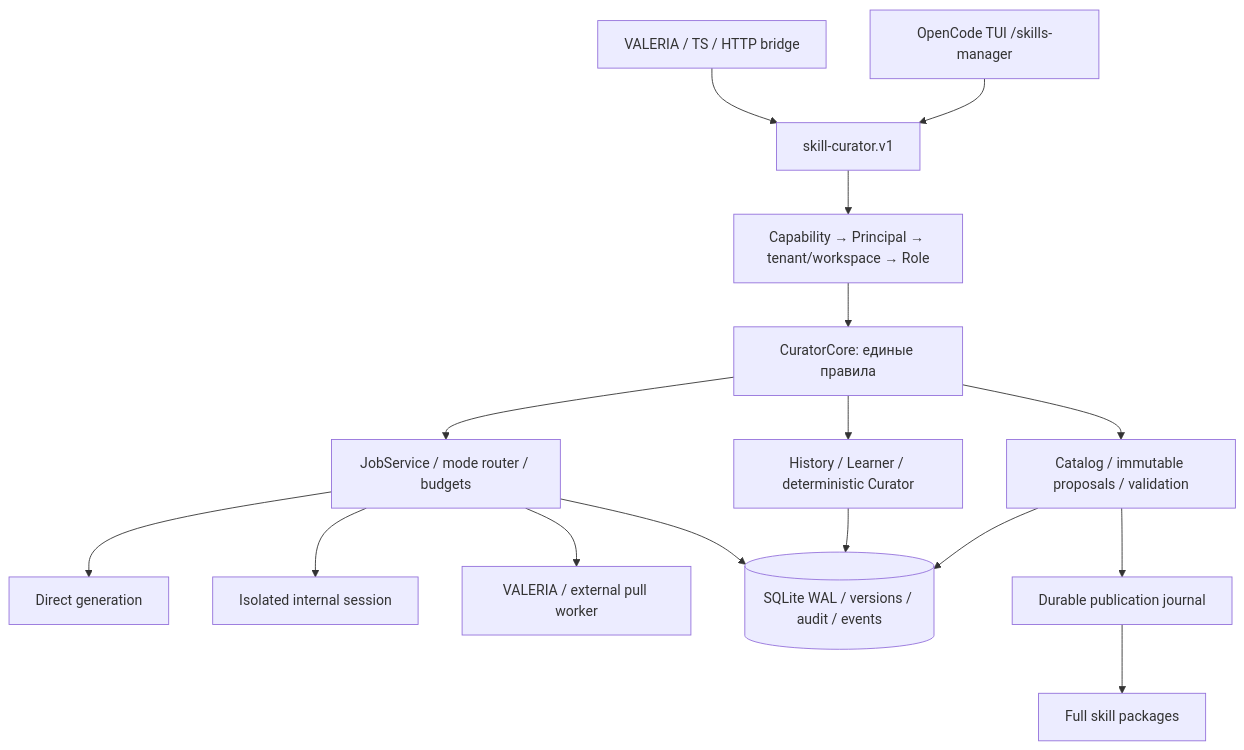
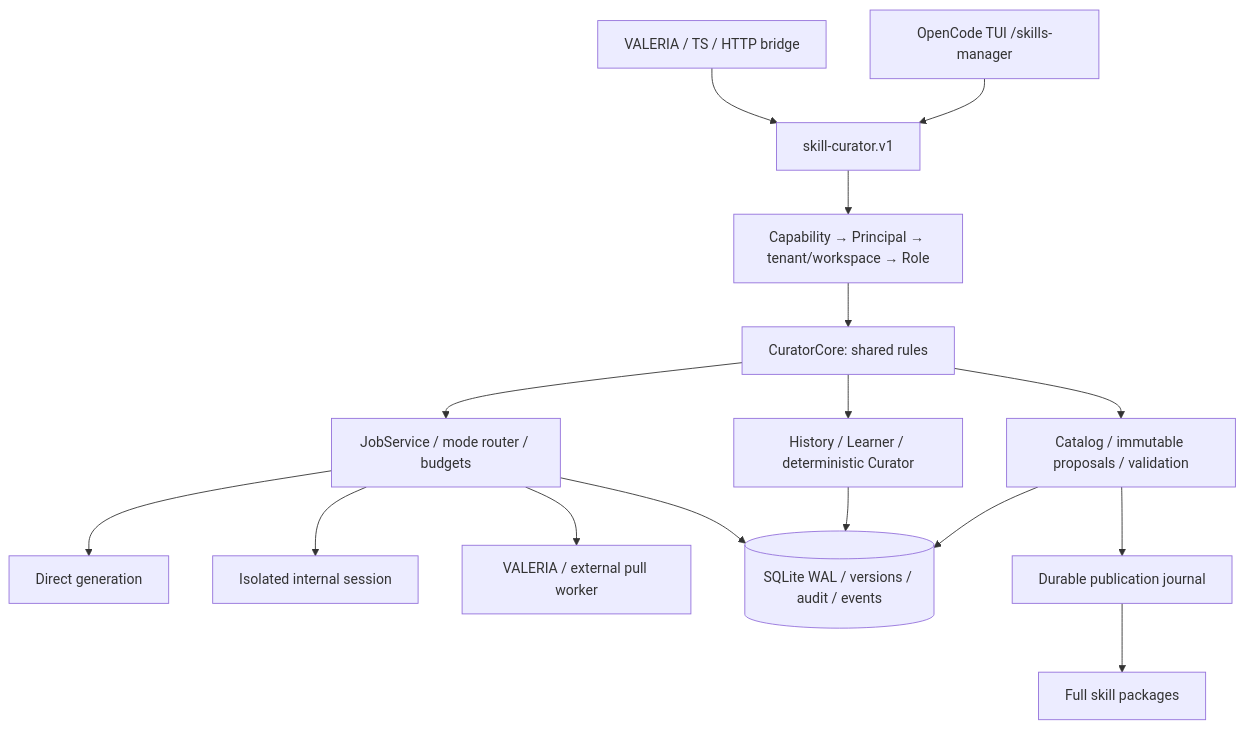
The first of 2 diagrams in docs/ARCHITECTURE.md (ProALgebra/SkillCreator), drawn with Mermaid before and after one commit. The commit also changed other lines of this file and 25 other files, not shown here.

````diff
--- a/docs/ARCHITECTURE.md
+++ b/docs/ARCHITECTURE.md
@@ -3,18 +3,18 @@
 ```mermaid
 flowchart TB
   TUI[OpenCode TUI /skills-manager] --> RPC[skill-curator.v1]
   Clients[VALERIA / TS / HTTP bridge] --> RPC
   RPC --> Auth[Capability → Principal → tenant/workspace → Role]
-  Auth --> Core[CuratorCore: единые правила]
+  Auth --> Core[CuratorCore: shared rules]
   Core --> Catalog[Catalog / immutable proposals / validation]
   Core --> Learning[History / Learner / deterministic Curator]
   Core --> Jobs[JobService / mode router / budgets]
   Jobs --> Direct[Direct generation]
   Jobs --> Session[Isolated internal session]
   Jobs --> Worker[VALERIA / external pull worker]
   Catalog --> SQLite[(SQLite WAL / versions / audit / events)]
   Learning --> SQLite
   Jobs --> SQLite
   Catalog --> Journal[Durable publication journal]
   Journal --> Packages[Full skill packages]
 ```
````
